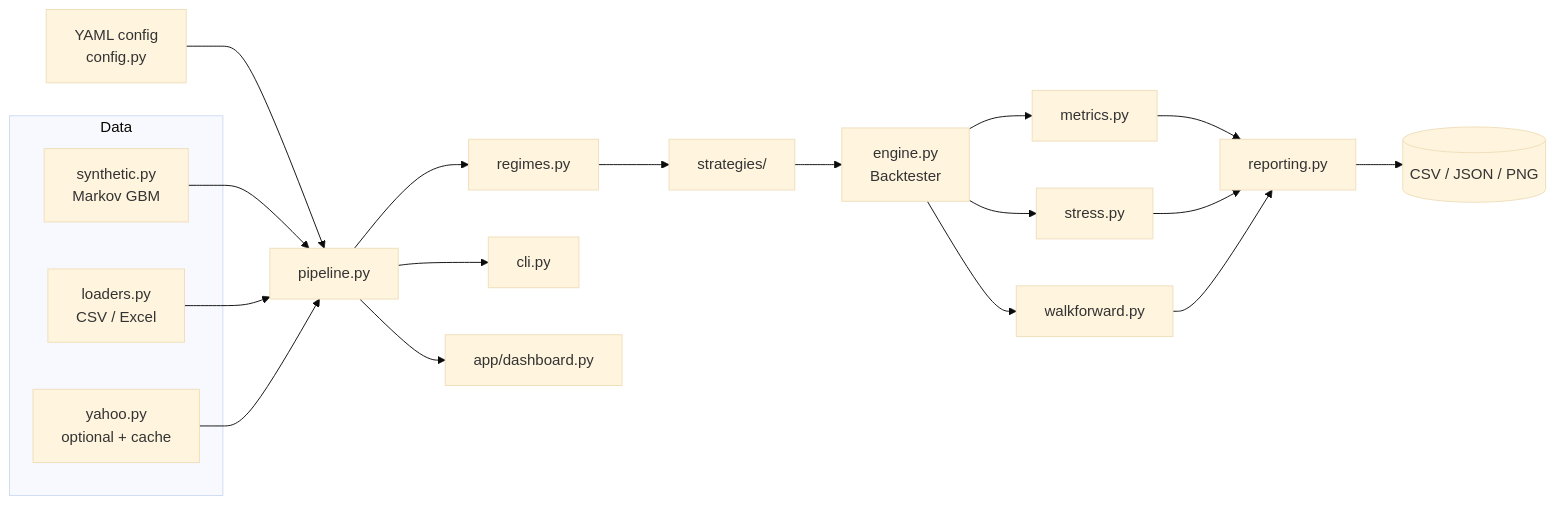
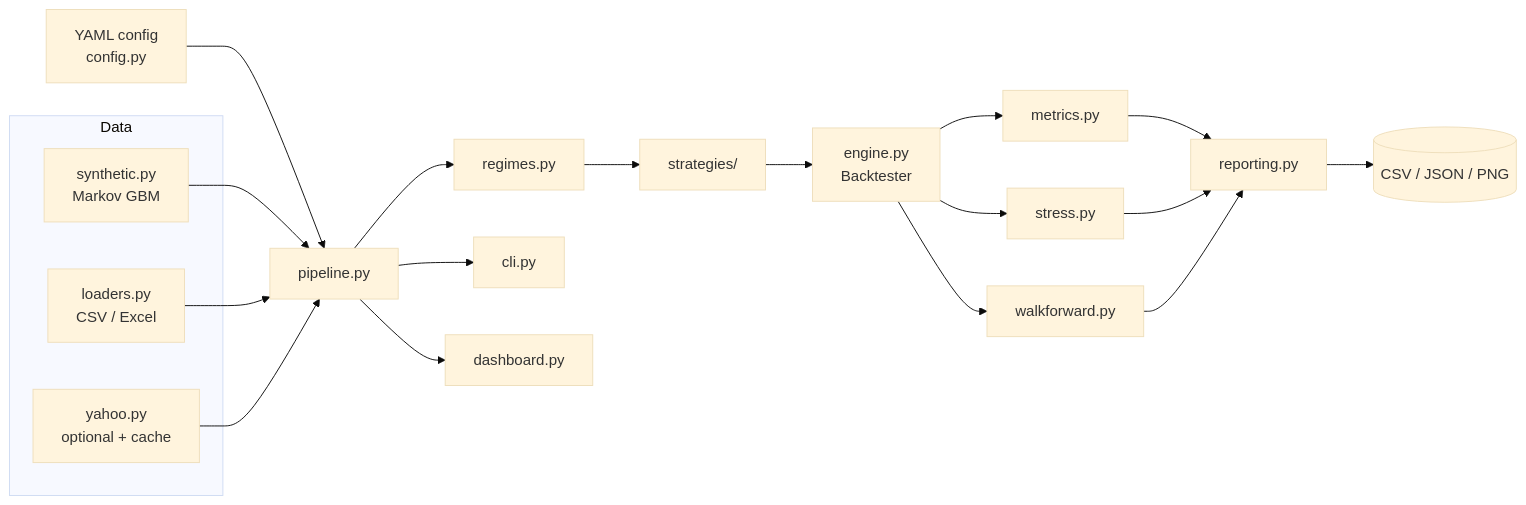
One commit to shreyescodes/vol-regime-backtester changed the diagram in docs/ARCHITECTURE.md. Above: the diagram before and after it, drawn with Mermaid (base theme). The commit also changed other lines of this file and 6 other files, not shown here.

````diff
--- a/docs/ARCHITECTURE.md
+++ b/docs/ARCHITECTURE.md
@@ -3,24 +3,24 @@
 ```mermaid
 flowchart LR
     CFG[YAML config<br/>config.py] --> PIPE
     subgraph Data
         SYN[synthetic.py<br/>Markov GBM]
         CSV[loaders.py<br/>CSV / Excel]
         YF[yahoo.py<br/>optional + cache]
     end
     SYN --> PIPE
     CSV --> PIPE
     YF --> PIPE
     PIPE[pipeline.py] --> REG[regimes.py]
     REG --> STR[strategies/]
     STR --> ENG[engine.py<br/>Backtester]
     ENG --> MET[metrics.py]
     ENG --> STRESS[stress.py]
     ENG --> WF[walkforward.py]
     MET --> REP[reporting.py]
     STRESS --> REP
     WF --> REP
     REP --> OUT[(CSV / JSON / PNG)]
     PIPE --> CLI[cli.py]
-    PIPE --> DASH[app/dashboard.py]
+    PIPE --> DASH[dashboard.py]
 ```
````
